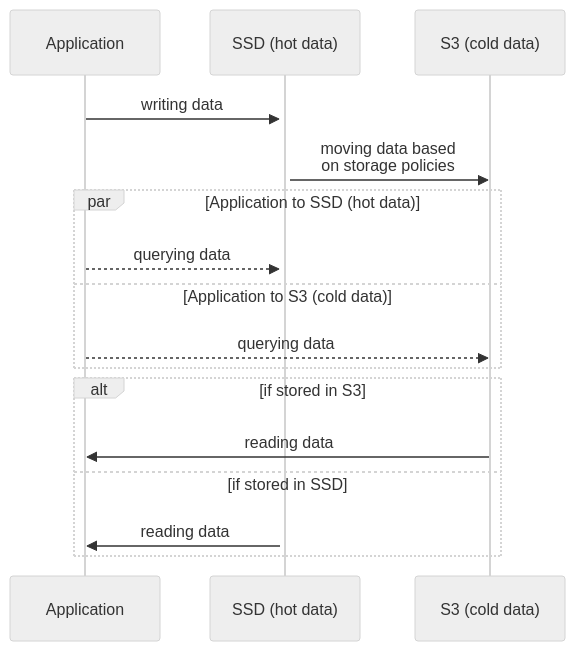
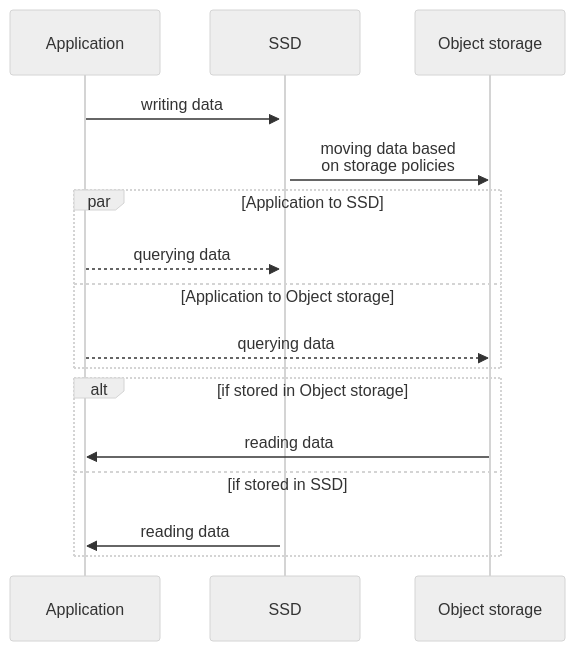
The diagram in docs/products/clickhouse/concepts/clickhouse-tiered-storage.rst (aiven/devportal), drawn with Mermaid (neutral theme) before and after one commit. The commit also changed other lines of this file, not shown here.

Commit message:
removing S3, cold and hot storage instances

```diff
--- a/docs/products/clickhouse/concepts/clickhouse-tiered-storage.rst
+++ b/docs/products/clickhouse/concepts/clickhouse-tiered-storage.rst
@@ -30,15 +33,15 @@
 .. mermaid:: 
 
     sequenceDiagram
-        Application->>+SSD (hot data): writing data
-        SSD (hot data)->>S3 (cold data): moving data based <br> on storage policies 
-        par Application to SSD (hot data)
-            Application-->>SSD (hot data): querying data
-        and Application to S3 (cold data)
-            Application-->>S3 (cold data): querying data
+        Application->>+SSD: writing data
+        SSD->>Object storage: moving data based <br> on storage policies 
+        par Application to SSD
+            Application-->>SSD: querying data
+        and Application to Object storage
+            Application-->>Object storage: querying data
         end
-        alt if stored in S3
-            S3 (cold data)->>Application: reading data
+        alt if stored in Object storage
+            Object storage->>Application: reading data
         else if stored in SSD
-            SSD (hot data)->>Application: reading data
+            SSD->>Application: reading data
         end
```
